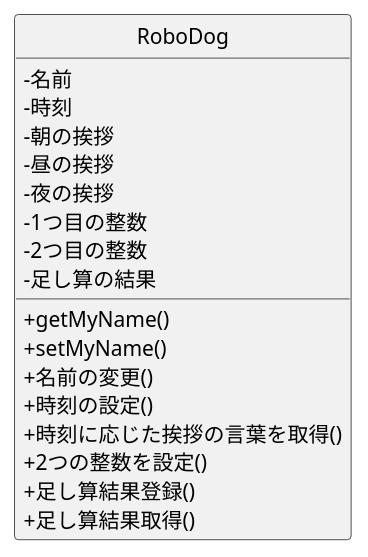
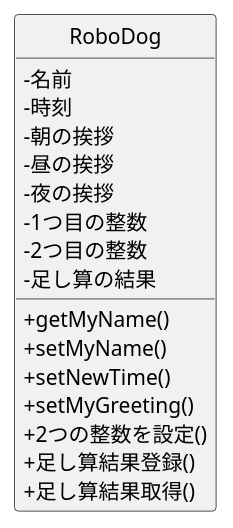
The diagram in 06_robo_dog/class.pu (kTaiga1016/ohara_uml), drawn with PlantUML before and after one commit. The commit also changed 2 other files, not shown here.

```diff
--- a/06_robo_dog/class.pu
+++ b/06_robo_dog/class.pu
@@ -1,25 +1,24 @@
 @startuml Robodogクラス図
 skinparam classAttributeIconSize 0
 hide circle
 
 class RoboDog {
  -名前
  -時刻
  -朝の挨拶
  -昼の挨拶
  -夜の挨拶
  -1つ目の整数
  -2つ目の整数
  -足し算の結果
 
  +getMyName()
  +setMyName()
- +名前の変更()
- +時刻の設定()
- +時刻に応じた挨拶の言葉を取得()
+ +setNewTime()
+ +setMyGreeting()
  +2つの整数を設定()
  +足し算結果登録()
  +足し算結果取得()
 }
 
 @enduml
```
